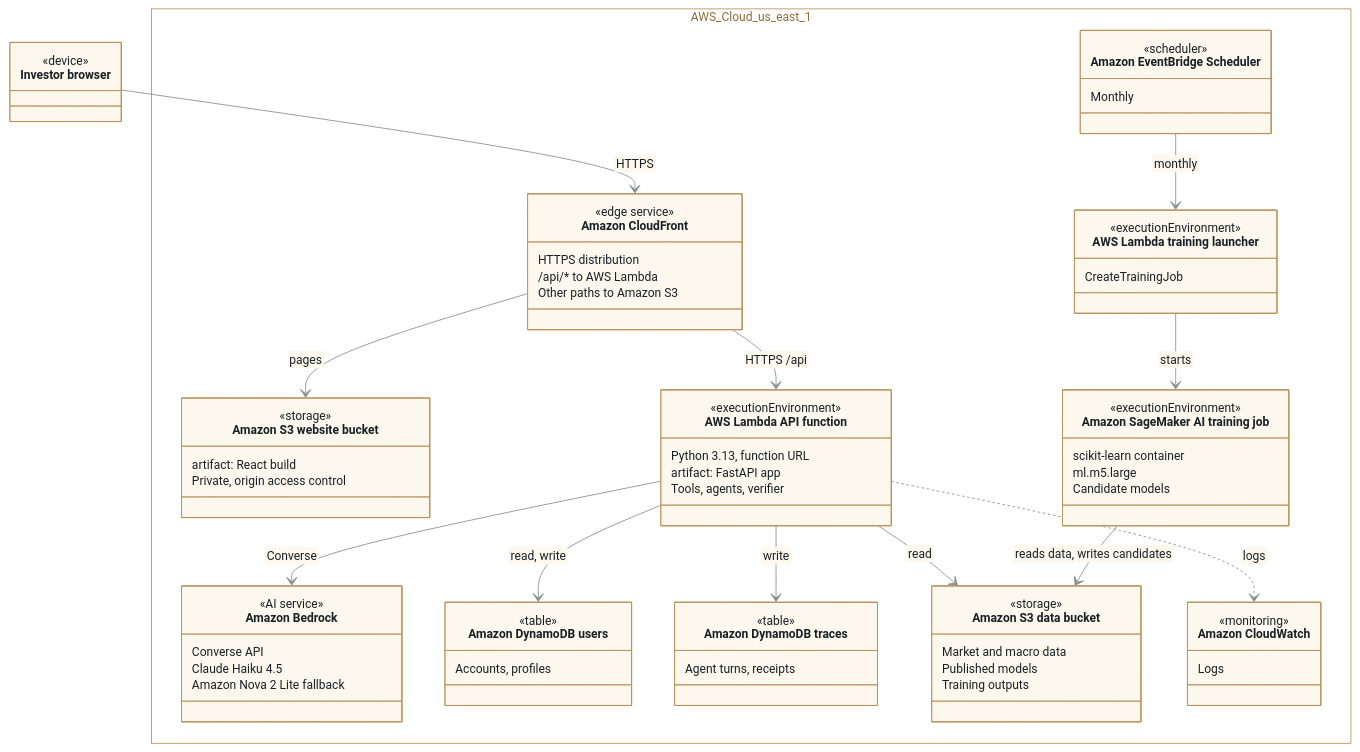
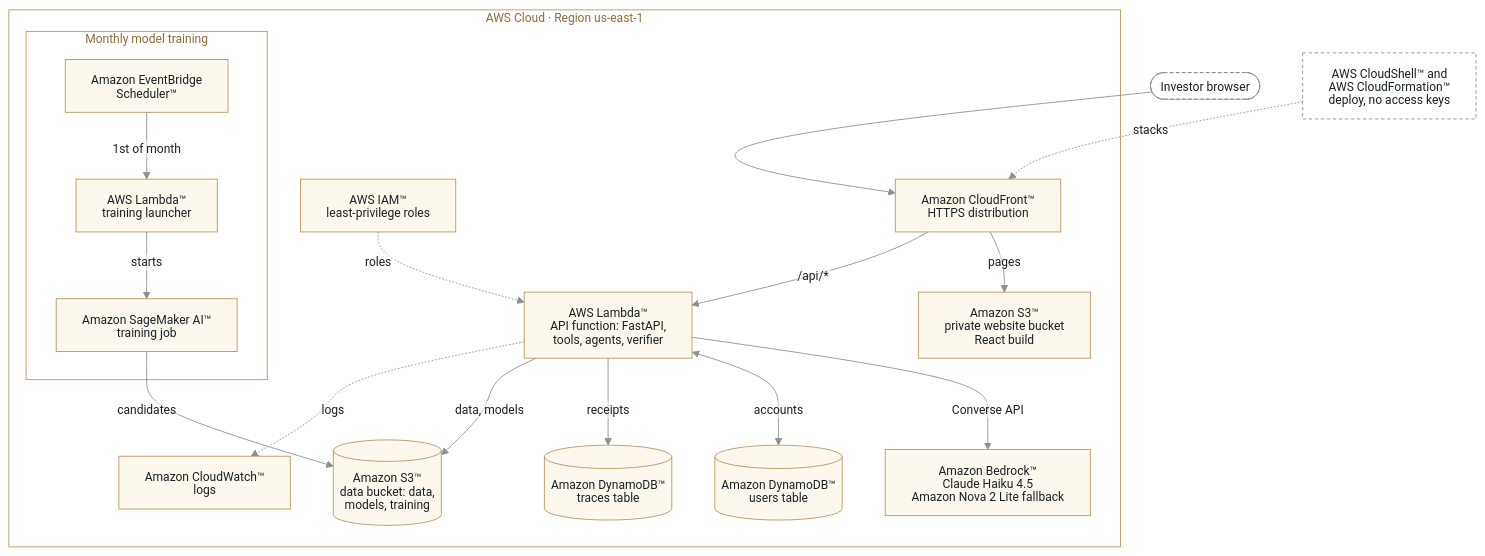
The diagram in docs/AWS_ARCHITECTURE.md (Juanita-HP/WealthPilot), drawn with Mermaid before and after one commit. The commit also changed other lines of this file and 11 other files, not shown here.

First line of the commit message:
Architecture diagrams as flowcharts, with ™ after AWS service names

````diff
--- a/docs/AWS_ARCHITECTURE.md
+++ b/docs/AWS_ARCHITECTURE.md
@@ -13,77 +13,39 @@
 ```mermaid
 %%{init: {"theme": "base", "htmlLabels": false, "themeVariables": {"fontFamily": "Inter, Helvetica, Arial, sans-serif", "fontSize": "14px", "primaryColor": "#fdf8ee", "primaryBorderColor": "#b8935a", "primaryTextColor": "#172025", "lineColor": "#8a8f91", "textColor": "#172025", "edgeLabelBackground": "#ffffff", "clusterBkg": "transparent", "clusterBorder": "#b8935a", "titleColor": "#8a6d3b"}}}%%
-classDiagram
-    direction TB
-    class Browser["Investor browser"] {
-        <<device>>
-    }
-    namespace AWS_Cloud_us_east_1 {
-        class CloudFront["Amazon CloudFront"] {
-            <<edge service>>
-            HTTPS distribution
-            /api/* to AWS Lambda
-            Other paths to Amazon S3
-        }
-        class Site["Amazon S3 website bucket"] {
-            <<storage>>
-            artifact: React build
-            Private, origin access control
-        }
-        class ApiFn["AWS Lambda API function"] {
-            <<executionEnvironment>>
-            Python 3.13, function URL
-            artifact: FastAPI app
-            Tools, agents, verifier
-        }
-        class Bedrock["Amazon Bedrock"] {
-            <<AI service>>
-            Converse API
-            Claude Haiku 4.5
-            Amazon Nova 2 Lite fallback
-        }
-        class Users["Amazon DynamoDB users"] {
-            <<table>>
-            Accounts, profiles
-        }
-        class Traces["Amazon DynamoDB traces"] {
-            <<table>>
-            Agent turns, receipts
-        }
-        class DataBucket["Amazon S3 data bucket"] {
-            <<storage>>
-            Market and macro data
-            Published models
-            Training outputs
-        }
-        class Logs["Amazon CloudWatch"] {
-            <<monitoring>>
-            Logs
-        }
-        class Scheduler["Amazon EventBridge Scheduler"] {
-            <<scheduler>>
-            Monthly
-        }
-        class Launcher["AWS Lambda training launcher"] {
-            <<executionEnvironment>>
-            CreateTrainingJob
-        }
-        class Training["Amazon SageMaker AI training job"] {
-            <<executionEnvironment>>
-            scikit-learn container
-            ml.m5.large
-            Candidate models
-        }
-    }
+flowchart TB
+    USER(["Investor browser"])
+    subgraph REG["AWS Cloud · Region us-east-1"]
+        CF["Amazon CloudFront™<br/>HTTPS distribution"]
+        S3W["Amazon S3™<br/>private website bucket<br/>React build"]
+        API["AWS Lambda™<br/>API function: FastAPI,<br/>tools, agents, verifier"]
+        BR["Amazon Bedrock™<br/>Claude Haiku 4.5<br/>Amazon Nova 2 Lite fallback"]
+        DDBU[("Amazon DynamoDB™<br/>users table")]
+        DDBT[("Amazon DynamoDB™<br/>traces table")]
+        S3D[("Amazon S3™<br/>data bucket: data,<br/>models, training")]
+        CW["Amazon CloudWatch™<br/>logs"]
+        subgraph TRAIN["Monthly model training"]
+            EB["Amazon EventBridge<br/>Scheduler™"]
+            LL["AWS Lambda™<br/>training launcher"]
+            SM["Amazon SageMaker AI™<br/>training job"]
+        end
+        IAM["AWS IAM™<br/>least-privilege roles"]
+    end
+    OPS["AWS CloudShell™ and<br/>AWS CloudFormation™<br/>deploy, no access keys"]
 
-    Browser --> CloudFront : HTTPS
-    CloudFront --> Site : pages
-    CloudFront --> ApiFn : HTTPS /api
-    ApiFn --> Users : read, write
-    ApiFn --> Traces : write
-    ApiFn --> DataBucket : read
-    ApiFn --> Bedrock : Converse
-    ApiFn ..> Logs : logs
-    Scheduler --> Launcher : monthly
-    Launcher --> Training : starts
-    Training --> DataBucket : reads data, writes candidates
+    USER --> CF
+    CF -->|"pages"| S3W
+    CF -->|"/api/*"| API
+    API -->|"Converse API"| BR
+    API <-->|"accounts"| DDBU
+    API -->|"receipts"| DDBT
+    API -->|"data, models"| S3D
+    API -.->|"logs"| CW
+    EB -->|"1st of month"| LL
+    LL -->|"starts"| SM
+    SM -->|"candidates"| S3D
+    IAM -.->|"roles"| API
+    OPS -.->|"stacks"| CF
+
+    classDef ext fill:#ffffff,stroke:#8a8f91,stroke-dasharray:4 3,color:#172025
+    class USER,OPS ext
 ```
````
